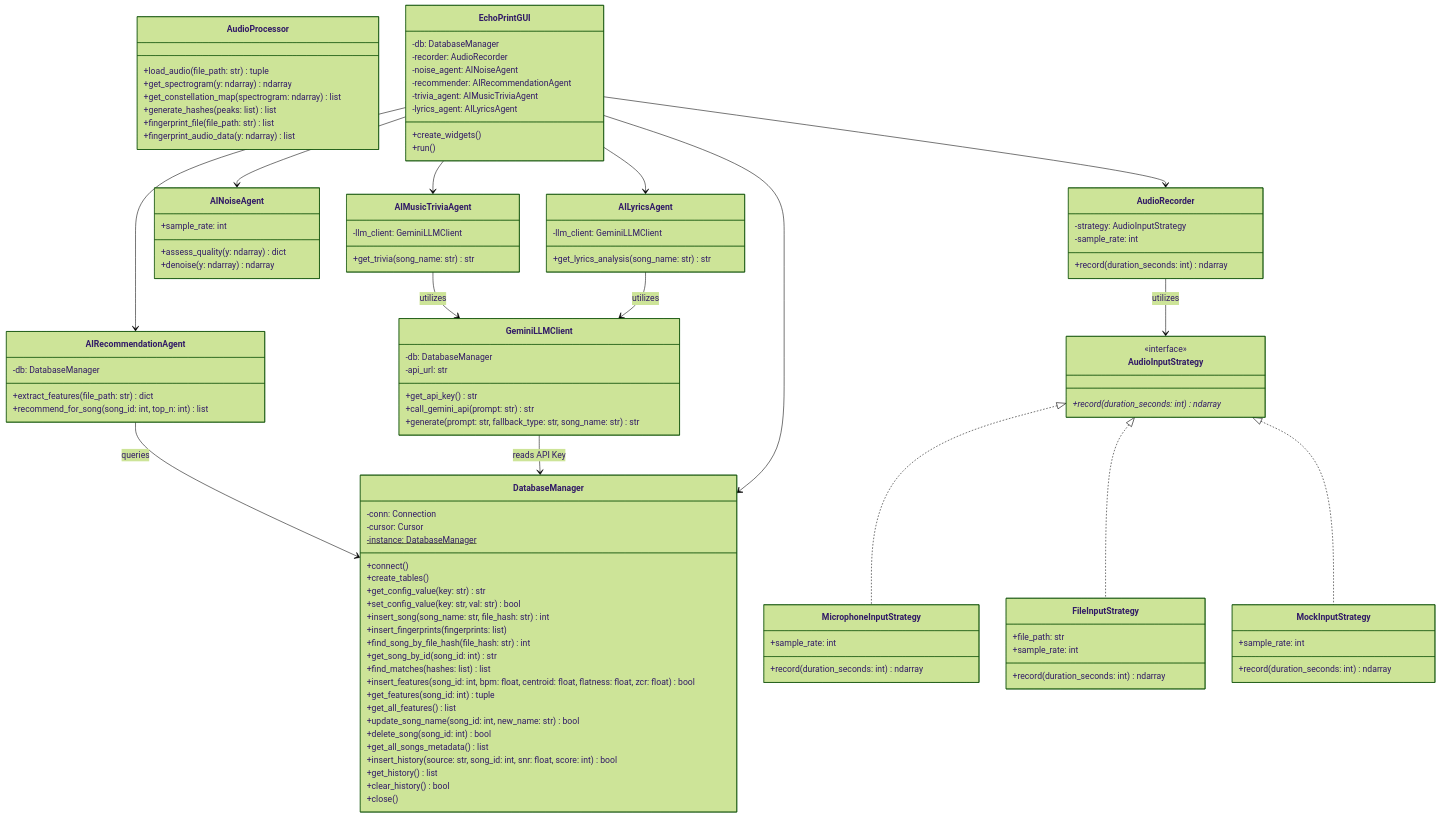
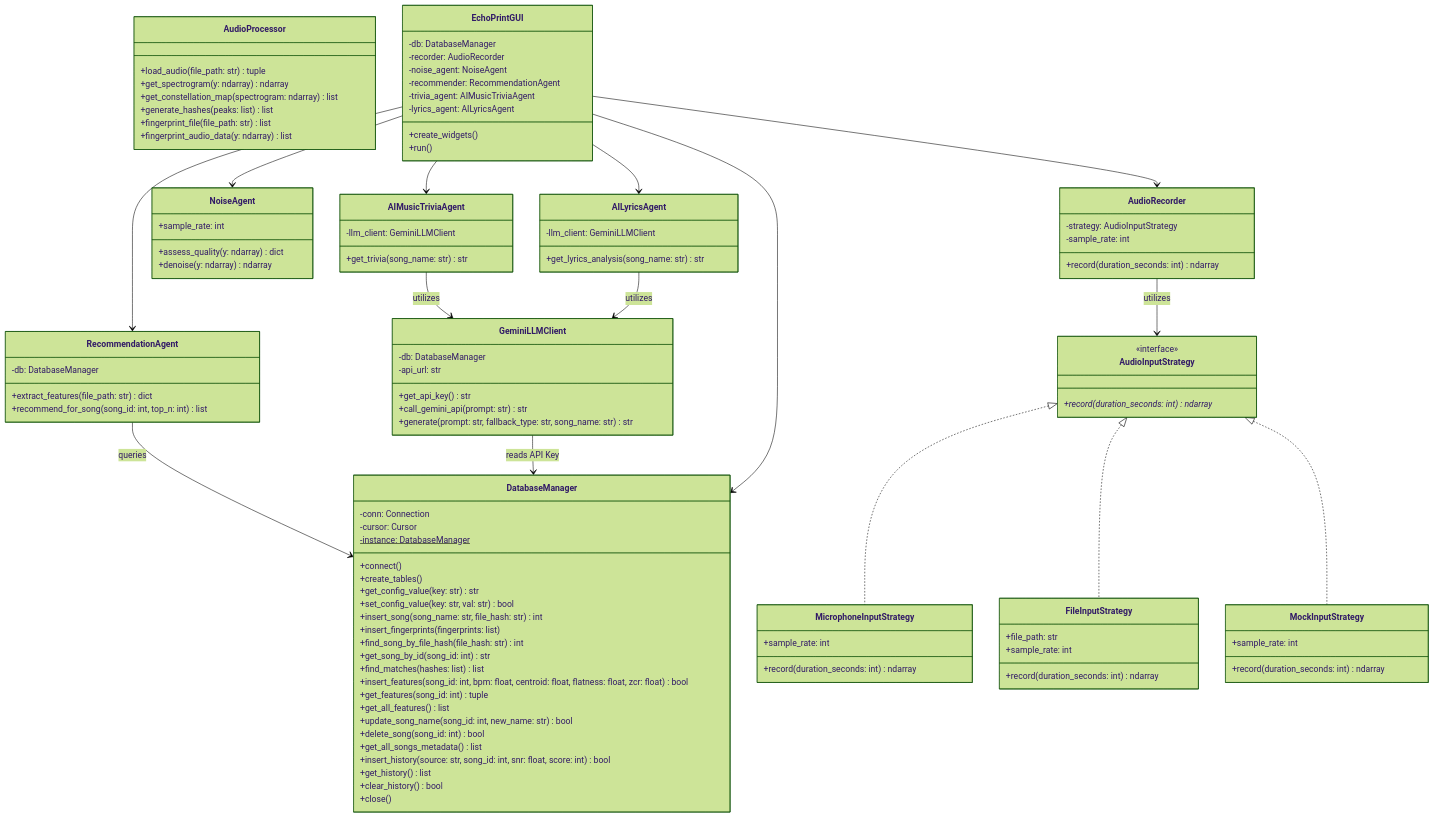
The diagram in README.md (vladenachescu/EchoPrint), drawn with Mermaid (forest theme) before and after one commit. The commit also changed other lines of this file and 6 other files, not shown here.

Commit message:
refactor: Remove AI prefix from NoiseAgent and RecommendationAgent and rename files

````diff
--- a/README.md
+++ b/README.md
@@ -145,18 +145,18 @@
         +fingerprint_audio_data(y: ndarray) list
     }
     
-    class AINoiseAgent {
+    class NoiseAgent {
         +sample_rate: int
         +assess_quality(y: ndarray) dict
         +denoise(y: ndarray) ndarray
     }
     
-    class AIRecommendationAgent {
+    class RecommendationAgent {
         -db: DatabaseManager
         +extract_features(file_path: str) dict
         +recommend_for_song(song_id: int, top_n: int) list
     }
-    AIRecommendationAgent --> DatabaseManager : queries
+    RecommendationAgent --> DatabaseManager : queries
     
     class GeminiLLMClient {
         -db: DatabaseManager
@@ -182,8 +182,8 @@
     class EchoPrintGUI {
         -db: DatabaseManager
         -recorder: AudioRecorder
-        -noise_agent: AINoiseAgent
-        -recommender: AIRecommendationAgent
+        -noise_agent: NoiseAgent
+        -recommender: RecommendationAgent
         -trivia_agent: AIMusicTriviaAgent
         -lyrics_agent: AILyricsAgent
         +create_widgets()
@@ -191,8 +191,8 @@
     }
     EchoPrintGUI --> DatabaseManager
     EchoPrintGUI --> AudioRecorder
-    EchoPrintGUI --> AINoiseAgent
-    EchoPrintGUI --> AIRecommendationAgent
+    EchoPrintGUI --> NoiseAgent
+    EchoPrintGUI --> RecommendationAgent
     EchoPrintGUI --> AIMusicTriviaAgent
     EchoPrintGUI --> AILyricsAgent
 ```
````
